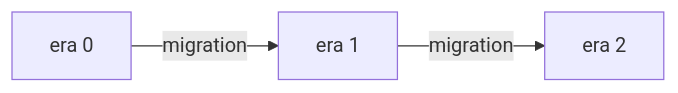
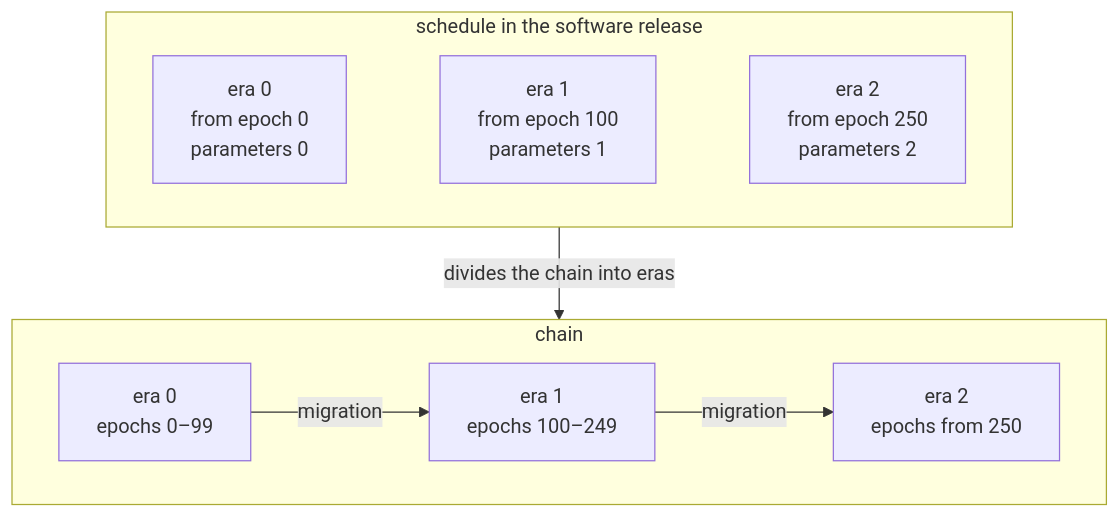
Before and after one commit to logos-co/logos-lips: the first of 4 diagrams in docs/blockchain/raw/bedrock-eras.md, drawn with Mermaid. The commit also changed other lines of this file, not shown here.

Commit message:
docs(blockchain): show the era schedule dividing the chain in the era overview diagram

````diff
--- a/docs/blockchain/raw/bedrock-eras.md
+++ b/docs/blockchain/raw/bedrock-eras.md
@@ -36,5 +36,12 @@
 ```mermaid
-graph LR
-    e0["era 0"] -- "migration" --> e1["era 1"]
-    e1 -- "migration" --> e2["era 2"]
+flowchart TB
+    subgraph rel["schedule in the software release"]
+        direction LR
+        s0["era 0<br/>from epoch 0<br/>parameters 0"] ~~~ s1["era 1<br/>from epoch 100<br/>parameters 1"] ~~~ s2["era 2<br/>from epoch 250<br/>parameters 2"]
+    end
+    subgraph chain["chain"]
+        direction LR
+        e0["era 0<br/>epochs 0–99"] -- "migration" --> e1["era 1<br/>epochs 100–249"] -- "migration" --> e2["era 2<br/>epochs from 250"]
+    end
+    rel -- "divides the chain into eras" --> chain
 ```
````
